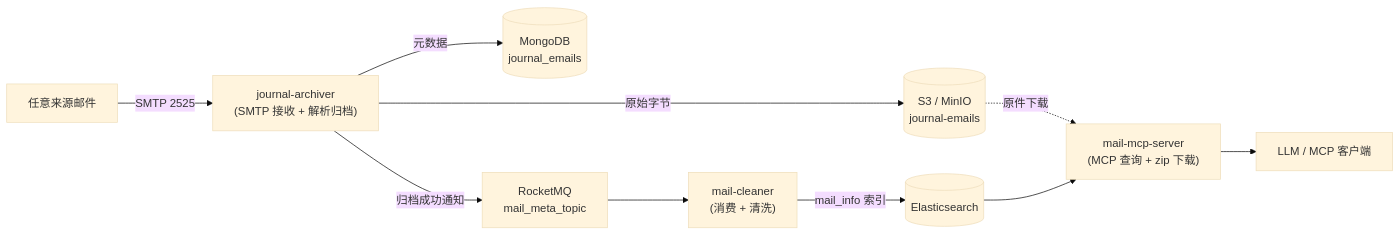
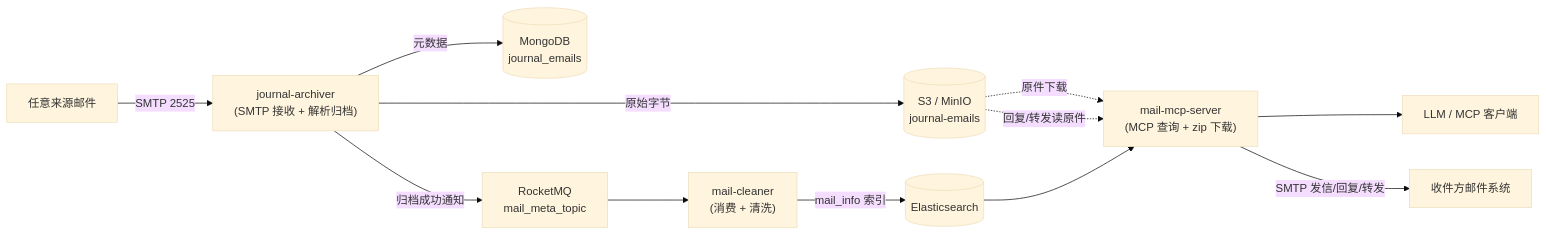
Before and after one commit to EKwongChum/gas-town-mail: the diagram in docs/architecture.md, drawn with Mermaid (base theme). The commit also changed other lines of this file and 42 other files, not shown here.

````diff
--- a/docs/architecture.md
+++ b/docs/architecture.md
@@ -49,12 +52,14 @@
 ```mermaid
 flowchart LR
     Sender["任意来源邮件"] -->|SMTP 2525| Archiver["journal-archiver<br/>(SMTP 接收 + 解析归档)"]
     Archiver -->|原始字节| S3[("S3 / MinIO<br/>journal-emails")]
     Archiver -->|元数据| Mongo[("MongoDB<br/>journal_emails")]
     Archiver -->|归档成功通知| MQ[RocketMQ<br/>mail_meta_topic]
     MQ --> Cleaner["mail-cleaner<br/>(消费 + 清洗)"]
     Cleaner -->|mail_info 索引| ES[(Elasticsearch)]
     S3 -. 原件下载 .-> Mcp["mail-mcp-server<br/>(MCP 查询 + zip 下载)"]
+    S3 -. 回复/转发读原件 .-> Mcp
     ES --> Mcp
     Mcp --> Client["LLM / MCP 客户端"]
+    Mcp -->|SMTP 发信/回复/转发| Outbound["收件方邮件系统"]
 ```
````
